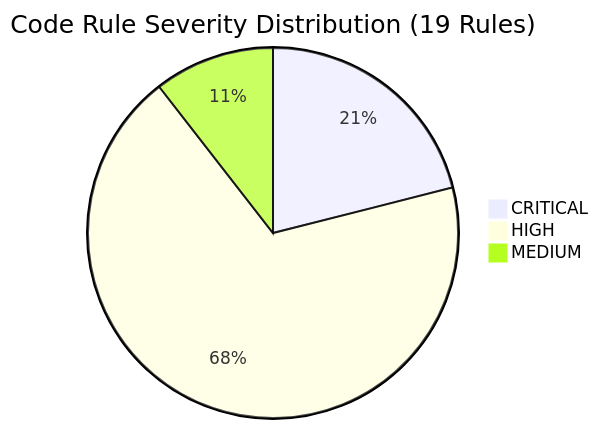
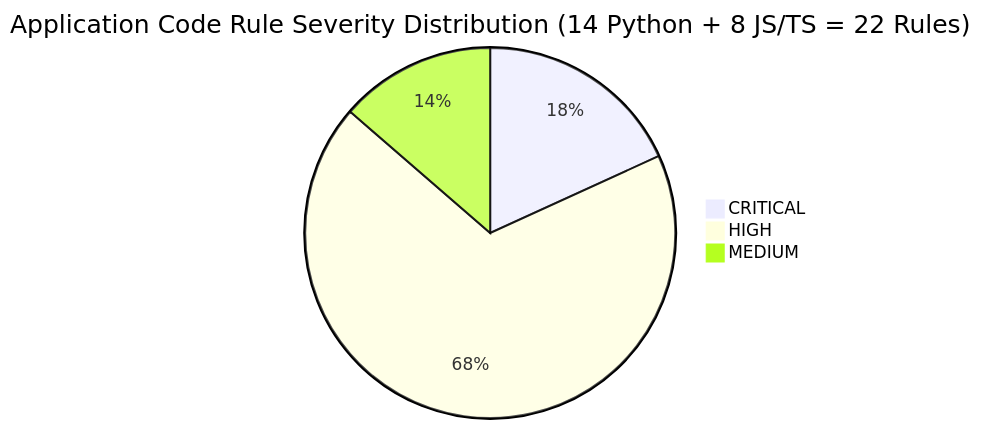
The third of 6 diagrams in REPORT.md (WongChinPang/DevSecOps-Pipeline), drawn with Mermaid before and after one commit. The commit also changed other lines of this file, not shown here.

Commit message:
docs: final corrected report — 6 sections, 18 tables, 6 diagrams, third-person, all facts verified against codebase

````diff
--- a/REPORT.md
+++ b/REPORT.md
@@ -293,6 +264,6 @@
 ```mermaid
-pie title Code Rule Severity Distribution (19 Rules)
+pie title Application Code Rule Severity Distribution (14 Python + 8 JS/TS = 22 Rules)
     "CRITICAL" : 4
-    "HIGH" : 13
-    "MEDIUM" : 2
+    "HIGH" : 15
+    "MEDIUM" : 3
 ```
````
